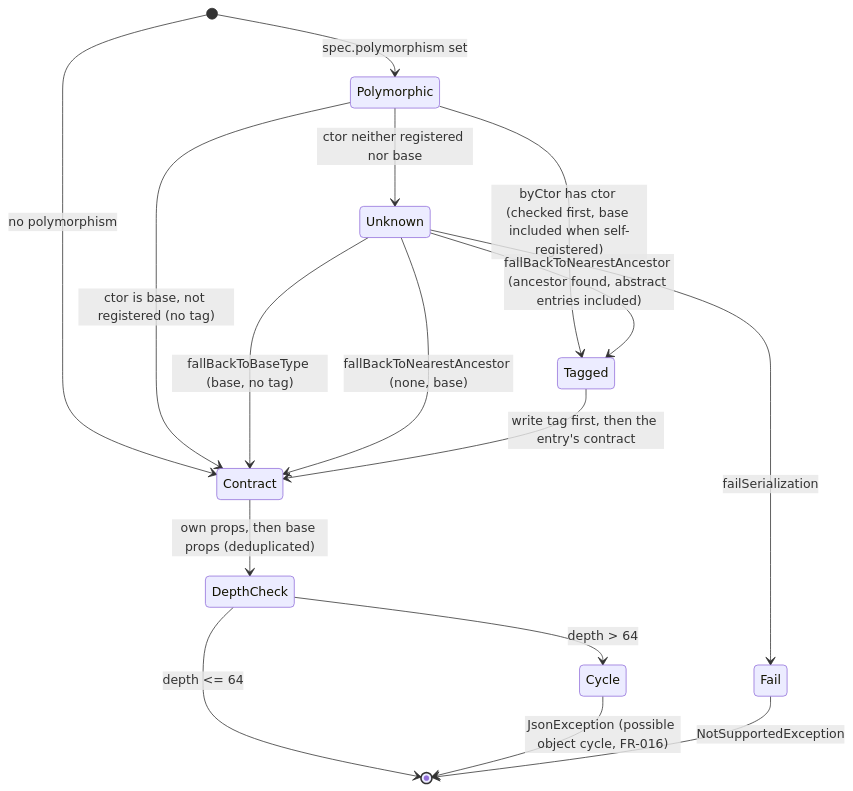
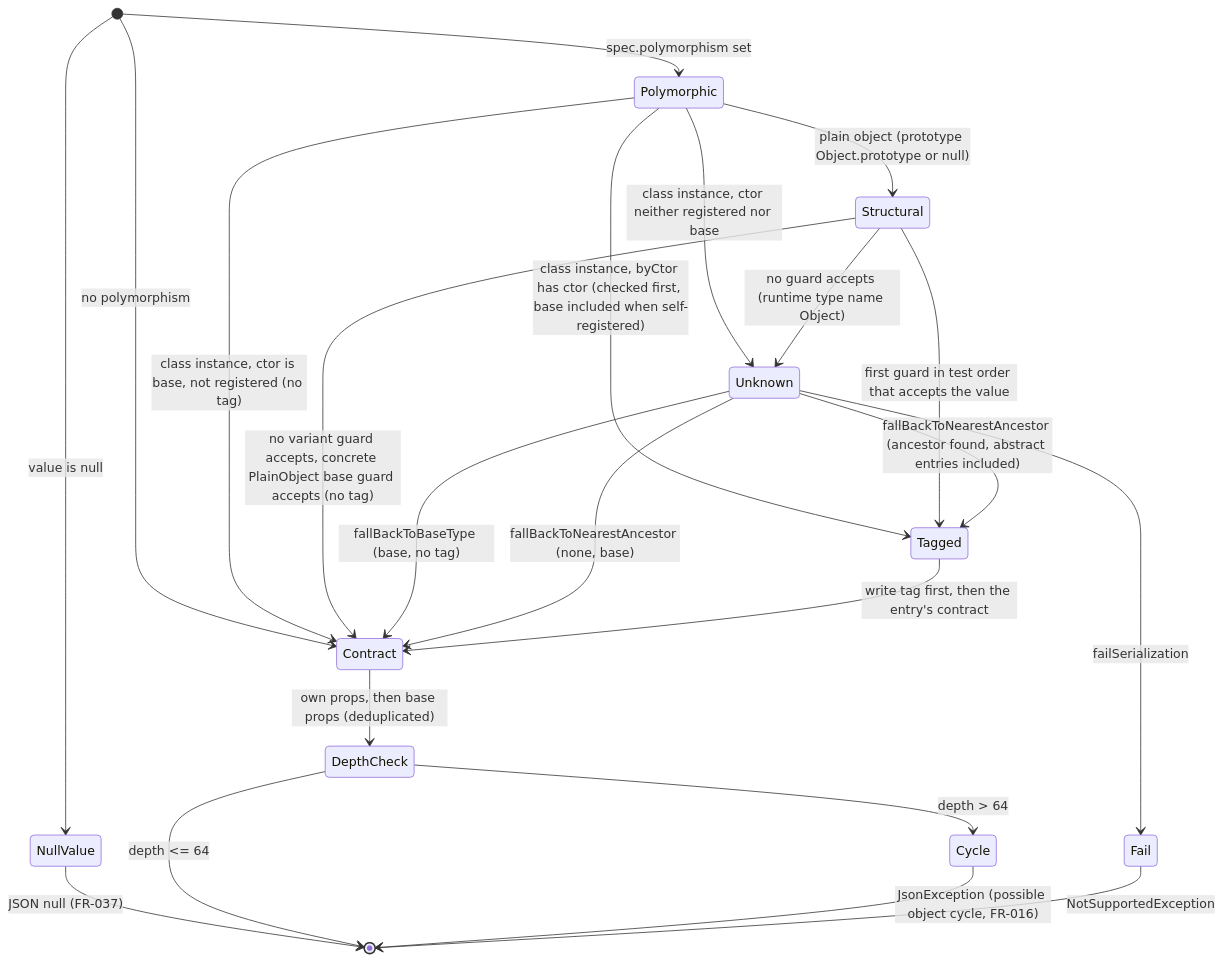
The second of 3 diagrams in specs/009-polymorphic-json/data-model.md (danfma/metano), drawn with Mermaid before and after one commit. The commit also changed other lines of this file and 10 other files, not shown here.

First line of the commit message:
docs: apply maintainer decisions to the polymorphic json specification (#268, #269, #270)

````diff
--- a/specs/009-polymorphic-json/data-model.md
+++ b/specs/009-polymorphic-json/data-model.md
@@ -145,18 +193,24 @@
 ```mermaid
 stateDiagram-v2
+    [*] --> NullValue: value is null
+    NullValue --> [*]: JSON null (FR-037)
     [*] --> Polymorphic: spec.polymorphism set
     [*] --> Contract: no polymorphism
-    Polymorphic --> Tagged: byCtor has ctor (checked first, base included when self-registered)
-    Polymorphic --> Contract: ctor is base, not registered (no tag)
-    Polymorphic --> Unknown: ctor neither registered nor base
+    Polymorphic --> Structural: plain object (prototype Object.prototype or null)
+    Polymorphic --> Tagged: class instance, byCtor has ctor (checked first, base included when self-registered)
+    Polymorphic --> Contract: class instance, ctor is base, not registered (no tag)
+    Polymorphic --> Unknown: class instance, ctor neither registered nor base
+    Structural --> Tagged: first guard in test order that accepts the value
+    Structural --> Contract: no variant guard accepts, concrete PlainObject base guard accepts (no tag)
+    Structural --> Unknown: no guard accepts (runtime type name Object)
     Unknown --> Fail: failSerialization
     Unknown --> Contract: fallBackToBaseType (base, no tag)
     Unknown --> Tagged: fallBackToNearestAncestor (ancestor found, abstract entries included)
     Unknown --> Contract: fallBackToNearestAncestor (none, base)
     Tagged --> Contract: write tag first, then the entry's contract
     Contract --> DepthCheck: own props, then base props (deduplicated)
     DepthCheck --> [*]: depth <= 64
     DepthCheck --> Cycle: depth > 64
     Cycle --> [*]: JsonException (possible object cycle, FR-016)
     Fail --> [*]: NotSupportedException
 ```
````
